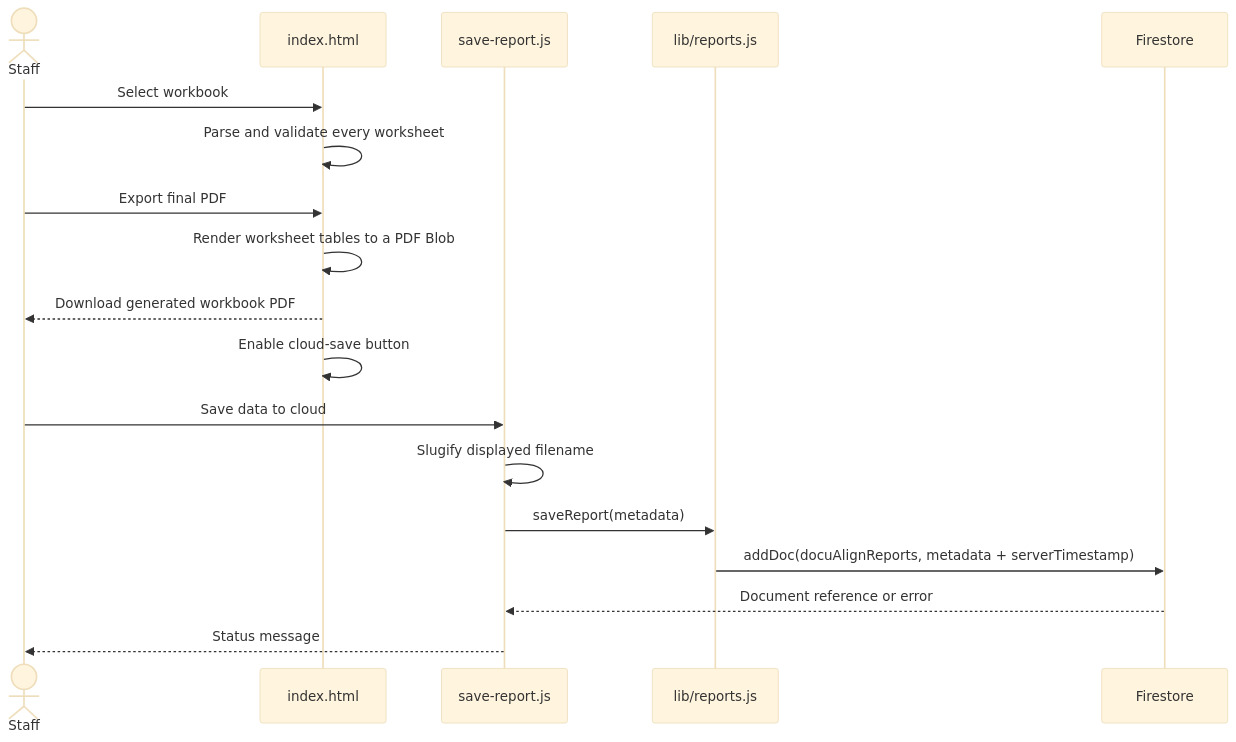
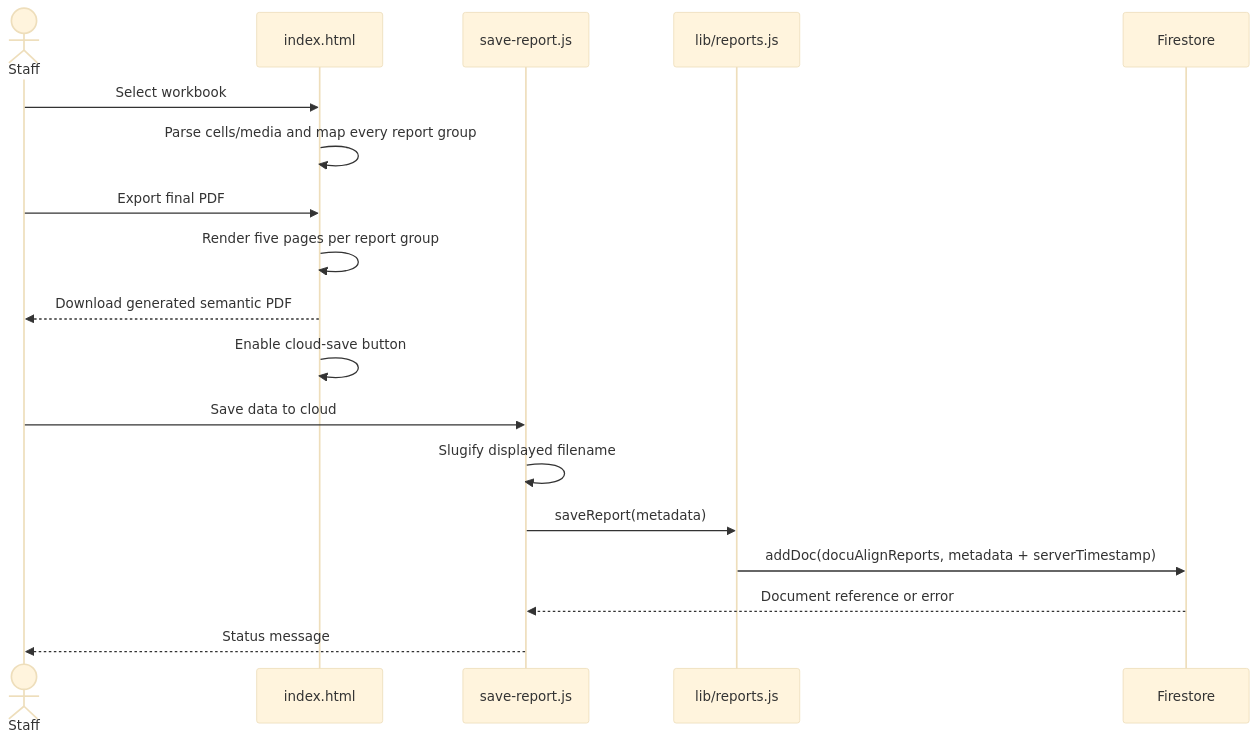
The third of 6 diagrams in documentation/project-guide.md (Yanguangchen/DocuAlign), drawn with Mermaid (base theme) before and after one commit. The commit also changed other lines of this file and 2 other files, not shown here.

Commit message:
docs: detail workbook to PDF field mapping

````diff
--- a/documentation/project-guide.md
+++ b/documentation/project-guide.md
@@ -172,21 +180,21 @@
 ```mermaid
 sequenceDiagram
     actor Staff
     participant Page as index.html
     participant Save as save-report.js
     participant Reports as lib/reports.js
     participant DB as Firestore
 
     Staff->>Page: Select workbook
-    Page->>Page: Parse and validate every worksheet
+    Page->>Page: Parse cells/media and map every report group
     Staff->>Page: Export final PDF
-    Page->>Page: Render worksheet tables to a PDF Blob
-    Page-->>Staff: Download generated workbook PDF
+    Page->>Page: Render five pages per report group
+    Page-->>Staff: Download generated semantic PDF
     Page->>Page: Enable cloud-save button
     Staff->>Save: Save data to cloud
     Save->>Save: Slugify displayed filename
     Save->>Reports: saveReport(metadata)
     Reports->>DB: addDoc(docuAlignReports, metadata + serverTimestamp)
     DB-->>Save: Document reference or error
     Save-->>Staff: Status message
 ```
````
